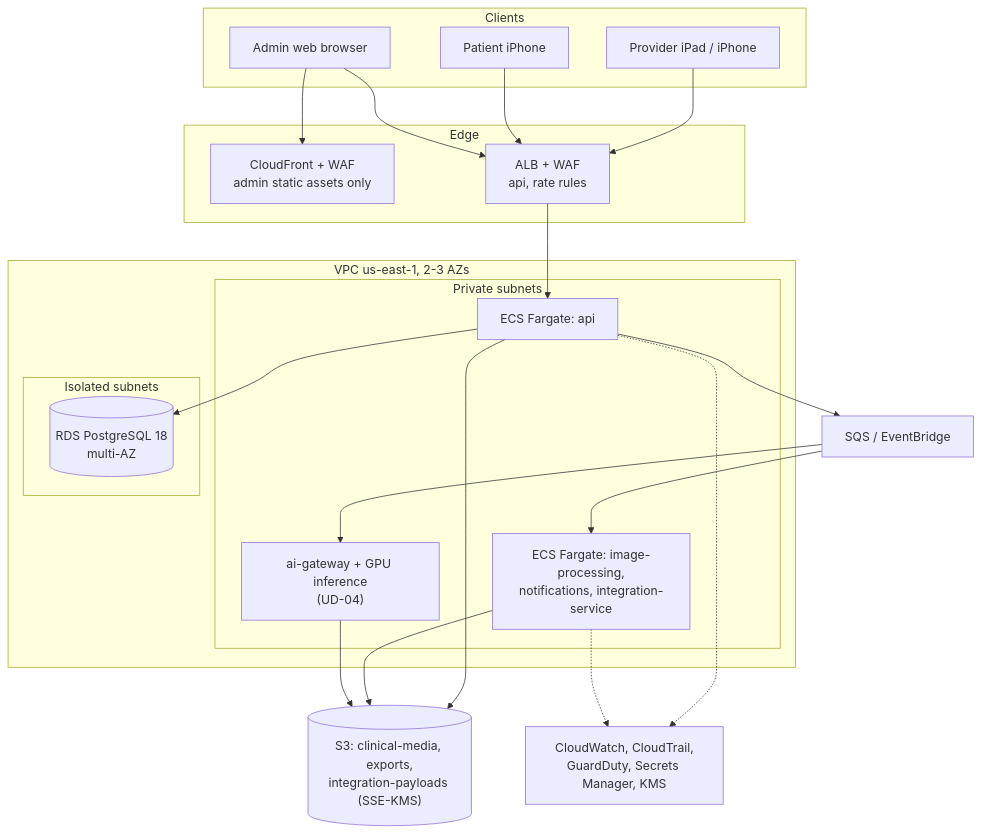
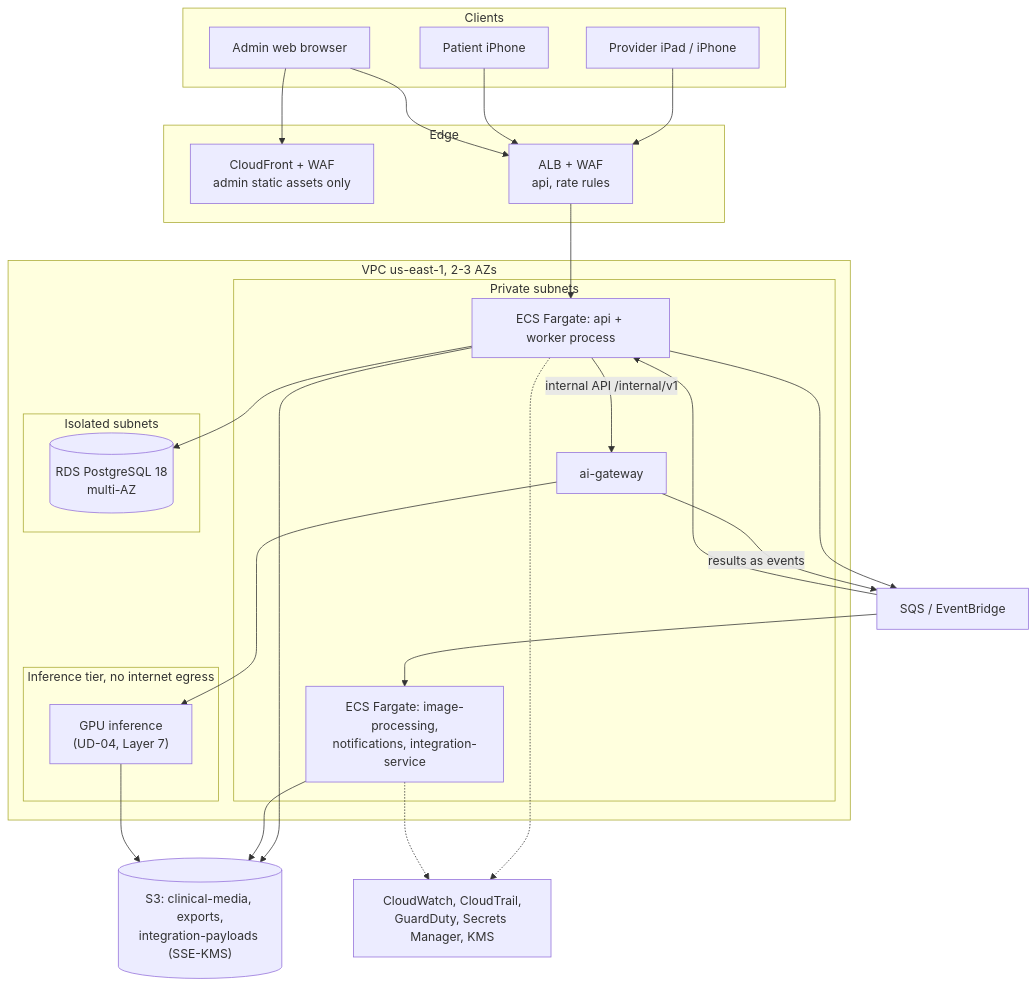
Before and after one commit to cgibson24/Aestara: the diagram in docs/INFRASTRUCTURE.md, drawn with Mermaid. The commit also changed other lines of this file and 30 other files, not shown here.

````diff
--- a/docs/INFRASTRUCTURE.md
+++ b/docs/INFRASTRUCTURE.md
@@ -26,39 +26,45 @@
 ```mermaid
 flowchart TB
   subgraph clients [Clients]
     ipad["Provider iPad / iPhone"]
     patient["Patient iPhone"]
     admin["Admin web browser"]
   end
   subgraph edge [Edge]
     cf["CloudFront + WAF<br/>admin static assets only"]
     alb["ALB + WAF<br/>api, rate rules"]
   end
   subgraph vpc [VPC us-east-1, 2-3 AZs]
     subgraph private [Private subnets]
-      api["ECS Fargate: api"]
+      api["ECS Fargate: api + worker process"]
       workers["ECS Fargate: image-processing,<br/>notifications, integration-service"]
-      ai["ai-gateway + GPU inference<br/>(UD-04)"]
+      ai["ai-gateway"]
+    end
+    subgraph noegress [Inference tier, no internet egress]
+      gpu["GPU inference<br/>(UD-04, Layer 7)"]
     end
     subgraph isolated [Isolated subnets]
       rds[("RDS PostgreSQL 18<br/>multi-AZ")]
     end
   end
   s3[("S3: clinical-media, exports,<br/>integration-payloads (SSE-KMS)")]
   queues["SQS / EventBridge"]
   ops["CloudWatch, CloudTrail,<br/>GuardDuty, Secrets Manager, KMS"]
   admin --> cf
   ipad --> alb
   patient --> alb
   admin --> alb
   alb --> api
   api --> rds
   api --> s3
   api --> queues
+  api -- "internal API /internal/v1" --> ai
+  ai --> gpu
+  ai -- "results as events" --> queues
   queues --> workers
-  queues --> ai
+  queues --> api
   workers --> s3
-  ai --> s3
+  gpu --> s3
   api -.-> ops
   workers -.-> ops
 ```
````
